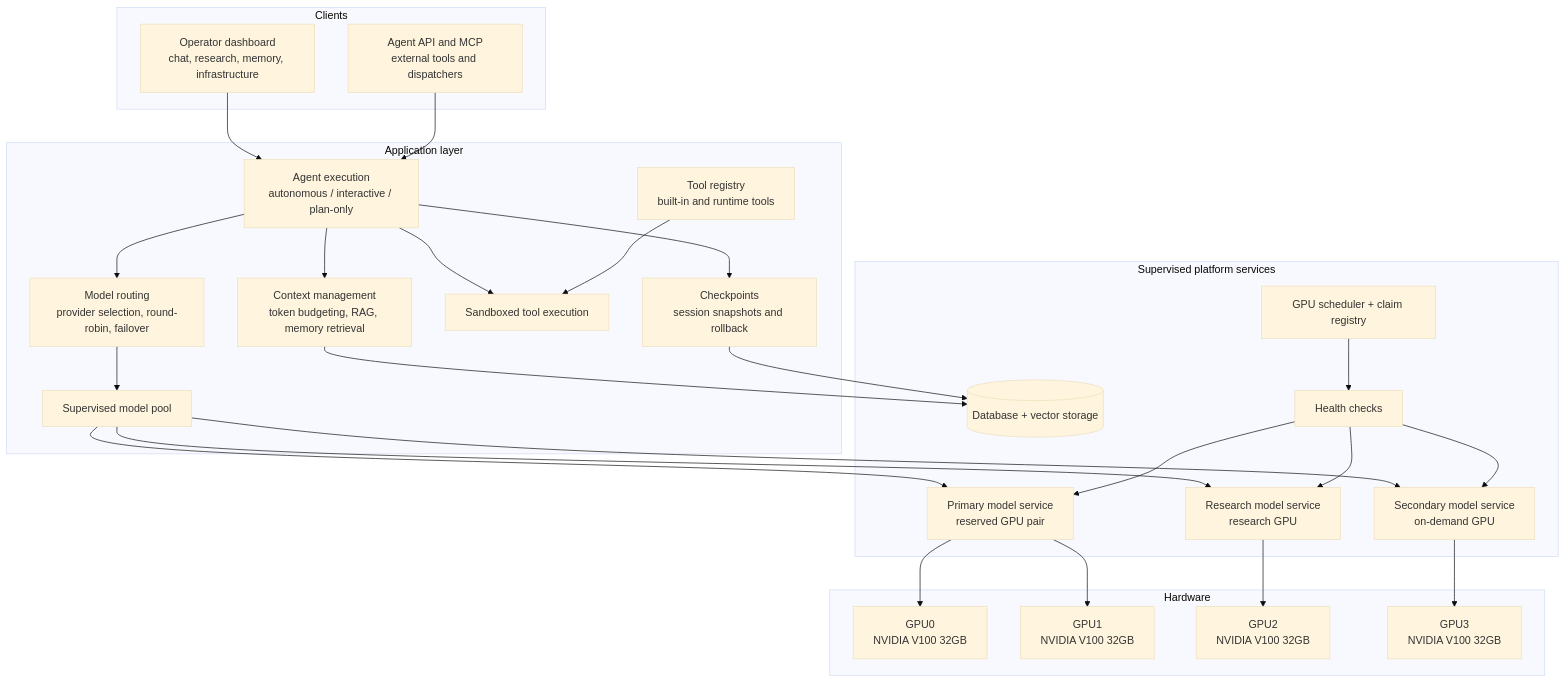
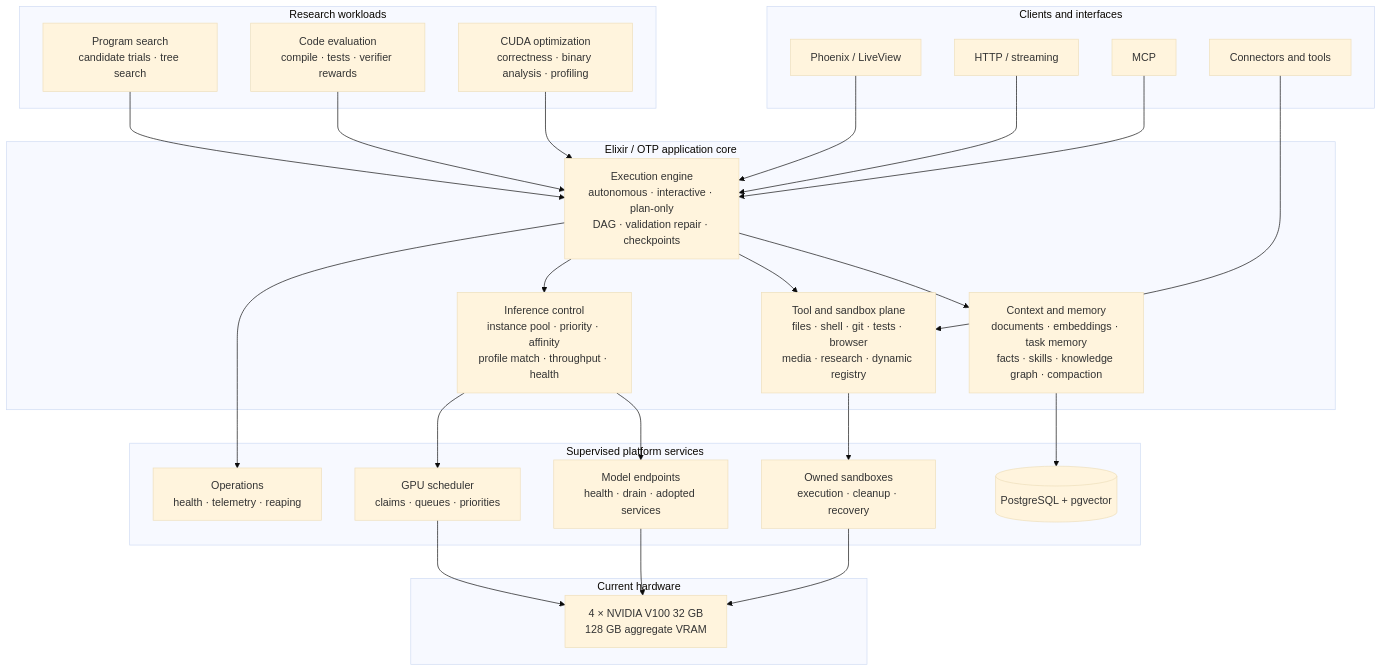
Before and after one commit to wahargis/portfolio: the diagram in homecloud/assets/diagrams/architecture.mmd, drawn with Mermaid (base theme). The commit also changed 14 other files, not shown here.

Commit message:
restore Baton fleet-driver architecture

```diff
--- a/homecloud/assets/diagrams/architecture.mmd
+++ b/homecloud/assets/diagrams/architecture.mmd
@@ -1,53 +1,51 @@
 flowchart TD
-    subgraph clients["Clients"]
-        UI["Operator dashboard<br/>chat, research, memory, infrastructure"]
-        API["Agent API and MCP<br/>external tools and dispatchers"]
+    subgraph clients["Clients and interfaces"]
+        UI["Phoenix / LiveView"]
+        API["HTTP / streaming"]
+        MCP["MCP"]
+        CONN["Connectors and tools"]
     end
 
-    subgraph app["Application layer"]
-        EXEC["Agent execution<br/>autonomous / interactive / plan-only"]
-        CTX["Context management<br/>token budgeting, RAG, memory retrieval"]
-        ROUTE["Model routing<br/>provider selection, round-robin, failover"]
-        POOL["Supervised model pool"]
-        TOOLS["Tool registry<br/>built-in and runtime tools"]
-        SANDBOX["Sandboxed tool execution"]
-        CHECK["Checkpoints<br/>session snapshots and rollback"]
+    subgraph core["Elixir / OTP application core"]
+        EXEC["Execution engine<br/>autonomous · interactive · plan-only<br/>DAG · validation repair · checkpoints"]
+        CTX["Context and memory<br/>documents · embeddings · task memory<br/>facts · skills · knowledge graph · compaction"]
+        TOOLS["Tool and sandbox plane<br/>files · shell · git · tests · browser<br/>media · research · dynamic registry"]
+        ROUTE["Inference control<br/>instance pool · priority · affinity<br/>profile match · throughput · health"]
+    end
+
+    subgraph research["Research workloads"]
+        SEARCH["Program search<br/>candidate trials · tree search"]
+        EVAL["Code evaluation<br/>compile · tests · verifier rewards"]
+        CUDA["CUDA optimization<br/>correctness · binary analysis · profiling"]
     end
 
     subgraph services["Supervised platform services"]
-        DB[("Database + vector storage")]
-        HEALTH["Health checks"]
-        M1["Primary model service<br/>reserved GPU pair"]
-        M2["Research model service<br/>research GPU"]
-        M3["Secondary model service<br/>on-demand GPU"]
-        SCHED["GPU scheduler + claim registry"]
+        DB[("PostgreSQL + pgvector")]
+        MODELS["Model endpoints<br/>health · drain · adopted services"]
+        SCHED["GPU scheduler<br/>claims · queues · priorities"]
+        SANDBOX["Owned sandboxes<br/>execution · cleanup · recovery"]
+        OPS["Operations<br/>health · telemetry · reaping"]
     end
 
-    subgraph hw["Hardware"]
-        G0["GPU0<br/>NVIDIA V100 32GB"]
-        G1["GPU1<br/>NVIDIA V100 32GB"]
-        G2["GPU2<br/>NVIDIA V100 32GB"]
-        G3["GPU3<br/>NVIDIA V100 32GB"]
+    subgraph hardware["Current hardware"]
+        GPUS["4 × NVIDIA V100 32 GB<br/>128 GB aggregate VRAM"]
     end
 
     UI --> EXEC
     API --> EXEC
+    MCP --> EXEC
+    CONN --> TOOLS
     EXEC --> CTX
+    EXEC --> TOOLS
     EXEC --> ROUTE
-    ROUTE --> POOL
-    POOL --> M1
-    POOL --> M2
-    POOL --> M3
-    EXEC --> SANDBOX
-    EXEC --> CHECK
+    SEARCH --> EXEC
+    EVAL --> EXEC
+    CUDA --> EXEC
     CTX --> DB
-    CHECK --> DB
+    ROUTE --> MODELS
+    ROUTE --> SCHED
     TOOLS --> SANDBOX
-    HEALTH --> M1
-    HEALTH --> M2
-    HEALTH --> M3
-    SCHED --> HEALTH
-    M1 --> G0
-    M1 --> G1
-    M2 --> G2
-    M3 --> G3
+    EXEC --> OPS
+    MODELS --> GPUS
+    SCHED --> GPUS
+    SANDBOX --> GPUS
```
